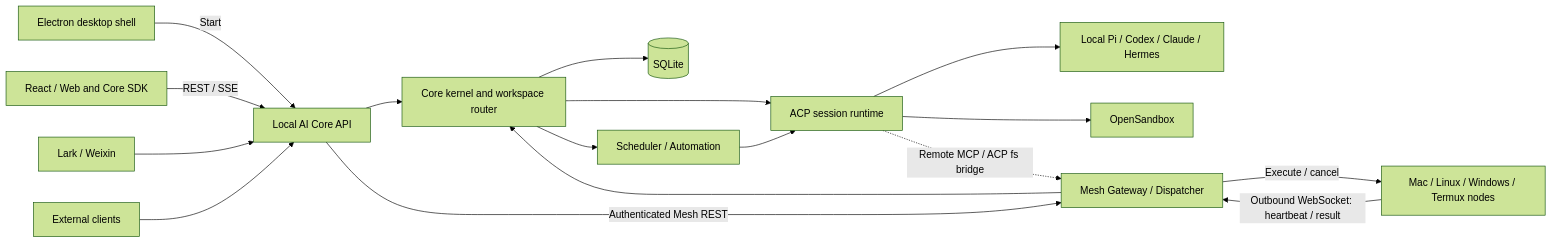
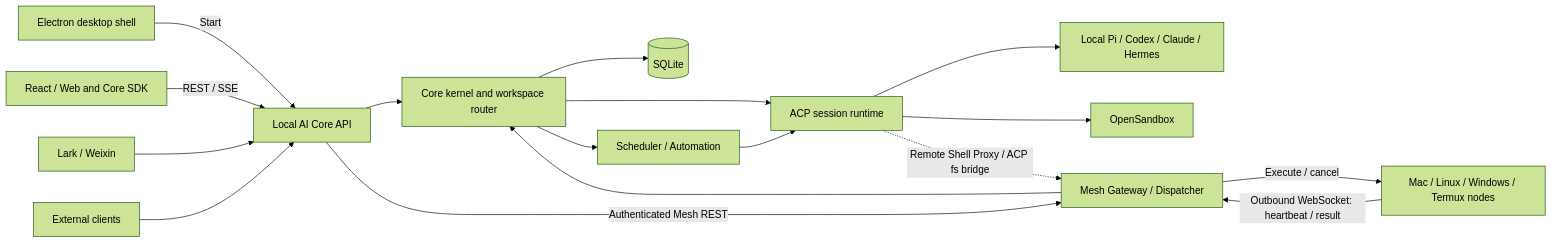
Before and after one commit to helloimcx/agentdock: the diagram in README.md, drawn with Mermaid (forest theme). The commit also changed other lines of this file and 14 other files, not shown here.

Commit message:
feat(mesh): transparent shell proxy and multi-device adaptation

````diff
--- a/README.md
+++ b/README.md
@@ -19,19 +19,19 @@
 ```mermaid
 flowchart LR
   electron[Electron desktop shell] -->|Start| api[Local AI Core API]
   renderer[React / Web and Core SDK] -->|REST / SSE| api
   channels[Lark / Weixin] --> api
   external[External clients] --> api
   api --> kernel[Core kernel and workspace router]
   kernel --> sqlite[(SQLite)]
   kernel --> acp[ACP session runtime]
   kernel --> scheduler[Scheduler / Automation]
   scheduler --> acp
   acp --> agents[Local Pi / Codex / Claude / Hermes]
   acp --> sandbox[OpenSandbox]
-  acp -.->|Remote MCP / ACP fs bridge| mesh
+  acp -.->|Remote Shell Proxy / ACP fs bridge| mesh
   api -->|Authenticated Mesh REST| mesh[Mesh Gateway / Dispatcher]
   mesh --> kernel
   nodes[Mac / Linux / Windows / Termux nodes] -->|Outbound WebSocket: heartbeat / result| mesh
   mesh -->|Execute / cancel| nodes
 ```
````
